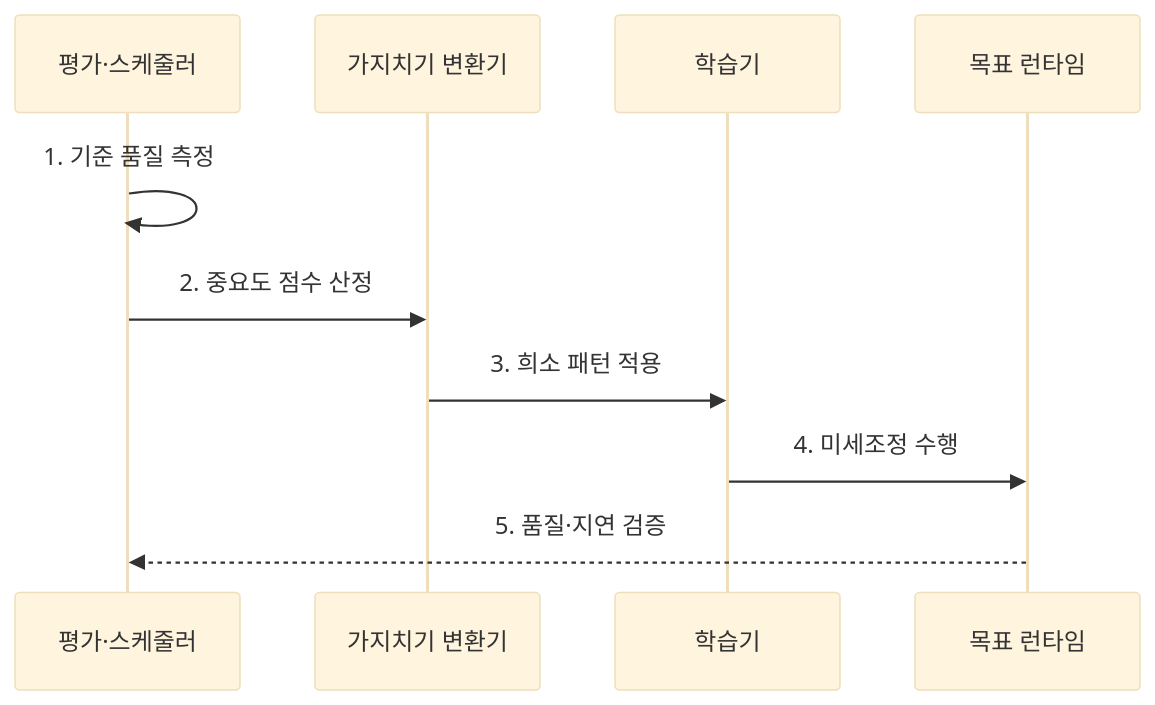
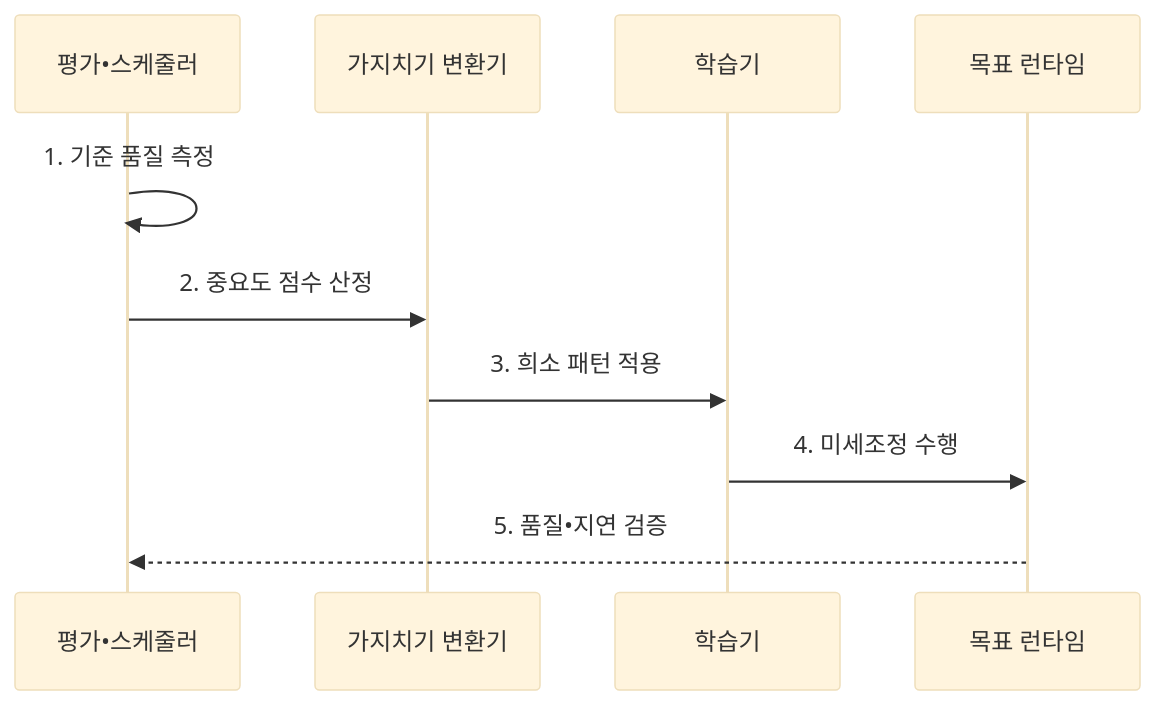
The second of 2 diagrams in src/content/docs/notes/08-latest-tech/055_model_pruning.md (agnusdei1207/knowledge-base), drawn with Mermaid (base theme) before and after one commit. The commit also changed other lines of this file and 953 other files, not shown here.

````diff
--- a/src/content/docs/notes/08-latest-tech/055_model_pruning.md
+++ b/src/content/docs/notes/08-latest-tech/055_model_pruning.md
@@ -107,12 +107,12 @@
 ```mermaid
 sequenceDiagram
-    participant E as 평가·스케줄러
+    participant E as 평가•스케줄러
     participant P as 가지치기 변환기
     participant T as 학습기
     participant R as 목표 런타임
     E->>E: 1. 기준 품질 측정
     E->>P: 2. 중요도 점수 산정
     P->>T: 3. 희소 패턴 적용
     T->>R: 4. 미세조정 수행
-    R-->>E: 5. 품질·지연 검증
+    R-->>E: 5. 품질•지연 검증
 ```
````
